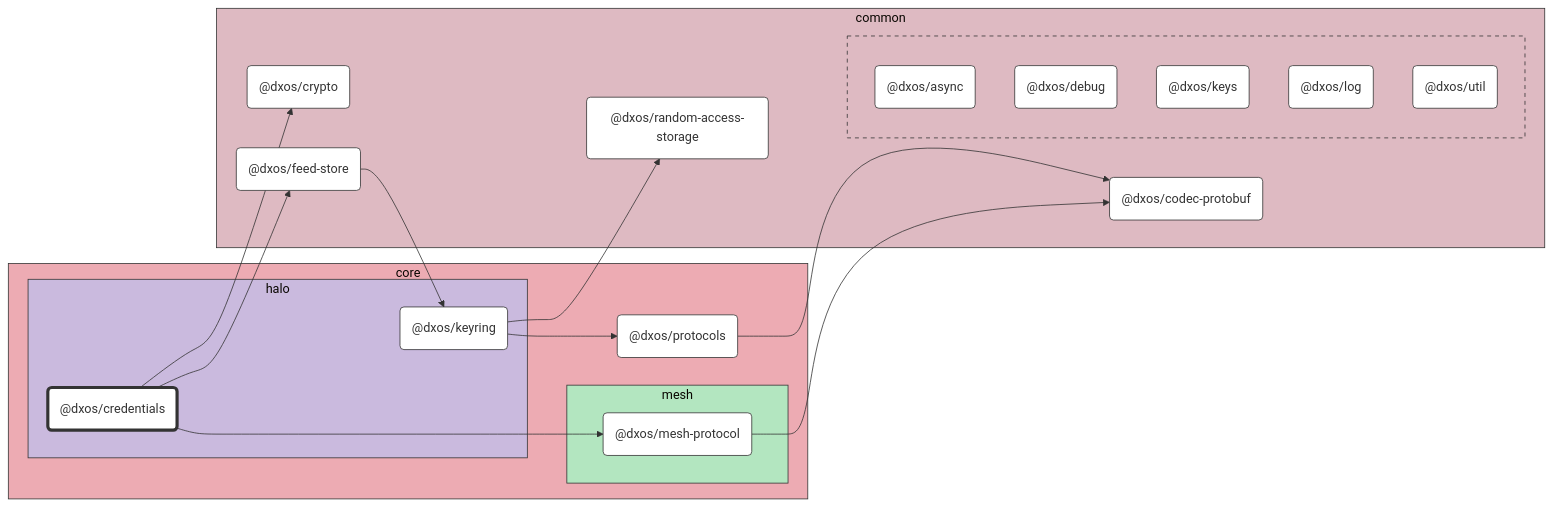
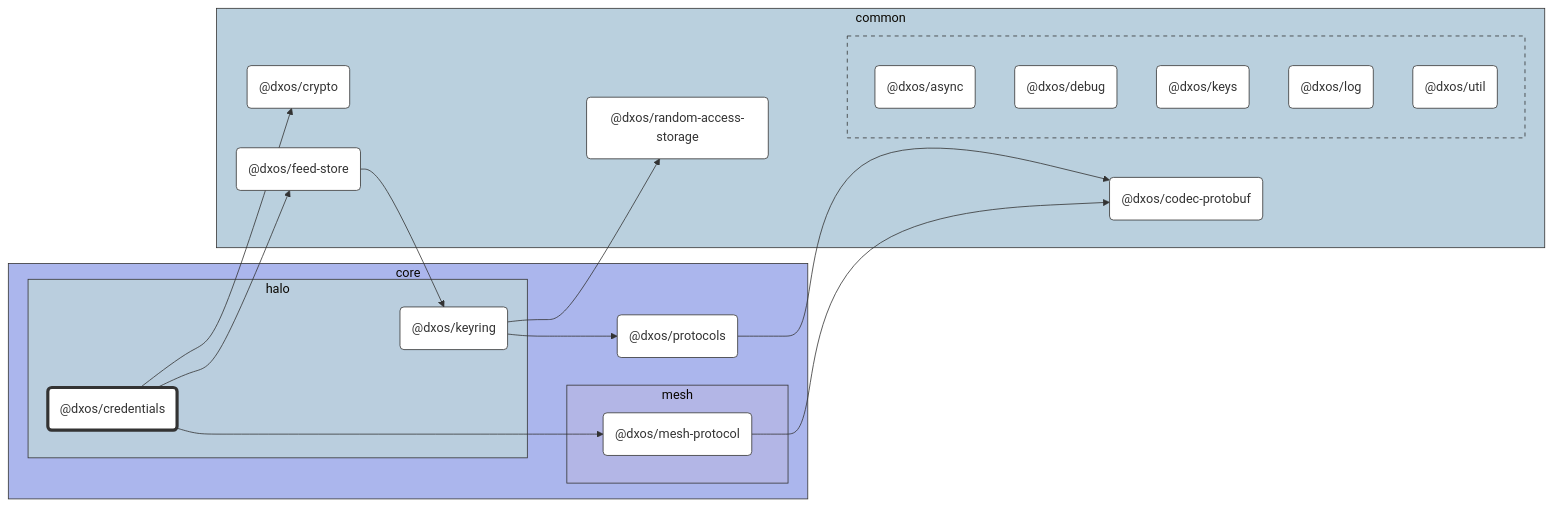
One commit to dxos/dxos changed the diagram in packages/core/halo/credentials/docs/README.md. Above: the diagram before and after it, drawn with Mermaid (base theme). The commit also changed 86 other files, not shown here.

````diff
--- a/packages/core/halo/credentials/docs/README.md
+++ b/packages/core/halo/credentials/docs/README.md
@@ -7,68 +7,68 @@
 ```mermaid
 %%{ init: {'flowchart':{'curve':'basis'}} }%%
 
 flowchart LR
 
 %% Classes
 classDef def fill:#fff,stroke:#333,stroke-width:1px
 classDef root fill:#fff,stroke:#333,stroke-width:4px
 
 %% Nodes
 
 subgraph core [core]
-  style core fill:#edabb3,stroke:#333
+  style core fill:#abb6ed,stroke:#333
   dxos/protocols("@dxos/protocols"):::def
   click dxos/protocols "dxos/dxos/tree/main/packages/core/protocols/docs"
 
   subgraph halo [halo]
-    style halo fill:#cabade,stroke:#333
+    style halo fill:#bacede,stroke:#333
     dxos/credentials("@dxos/credentials"):::root
     click dxos/credentials "dxos/dxos/tree/main/packages/core/halo/credentials/docs"
     dxos/keyring("@dxos/keyring"):::def
     click dxos/keyring "dxos/dxos/tree/main/packages/core/halo/keyring/docs"
   end
 
   subgraph mesh [mesh]
-    style mesh fill:#b3e6c0,stroke:#333
+    style mesh fill:#b3b6e6,stroke:#333
     dxos/mesh-protocol("@dxos/mesh-protocol"):::def
     click dxos/mesh-protocol "dxos/dxos/tree/main/packages/core/mesh/mesh-protocol/docs"
   end
 end
 
 subgraph common [common]
-  style common fill:#debac2,stroke:#333
+  style common fill:#bad0de,stroke:#333
   dxos/codec-protobuf("@dxos/codec-protobuf"):::def
   click dxos/codec-protobuf "dxos/dxos/tree/main/packages/common/codec-protobuf/docs"
   dxos/crypto("@dxos/crypto"):::def
   click dxos/crypto "dxos/dxos/tree/main/packages/common/crypto/docs"
   dxos/feed-store("@dxos/feed-store"):::def
   click dxos/feed-store "dxos/dxos/tree/main/packages/common/feed-store/docs"
   dxos/random-access-storage("@dxos/random-access-storage"):::def
   click dxos/random-access-storage "dxos/dxos/tree/main/packages/common/random-access-storage/docs"
 
   subgraph _ [ ]
-    style _ fill:#debac2,stroke:#333,stroke-dasharray:5 5
+    style _ fill:#bad0de,stroke:#333,stroke-dasharray:5 5
     dxos/async("@dxos/async"):::def
     click dxos/async "dxos/dxos/tree/main/packages/common/async/docs"
     dxos/debug("@dxos/debug"):::def
     click dxos/debug "dxos/dxos/tree/main/packages/common/debug/docs"
     dxos/keys("@dxos/keys"):::def
     click dxos/keys "dxos/dxos/tree/main/packages/common/keys/docs"
     dxos/log("@dxos/log"):::def
     click dxos/log "dxos/dxos/tree/main/packages/common/log/docs"
     dxos/util("@dxos/util"):::def
     click dxos/util "dxos/dxos/tree/main/packages/common/util/docs"
   end
 end
 
 %% Links
 linkStyle default stroke:#333,stroke-width:1px
 dxos/credentials --> dxos/crypto
 dxos/credentials --> dxos/feed-store
 dxos/feed-store --> dxos/keyring
 dxos/keyring --> dxos/protocols
 dxos/protocols --> dxos/codec-protobuf
 dxos/keyring --> dxos/random-access-storage
 dxos/credentials --> dxos/mesh-protocol
 dxos/mesh-protocol --> dxos/codec-protobuf
 ```
````
